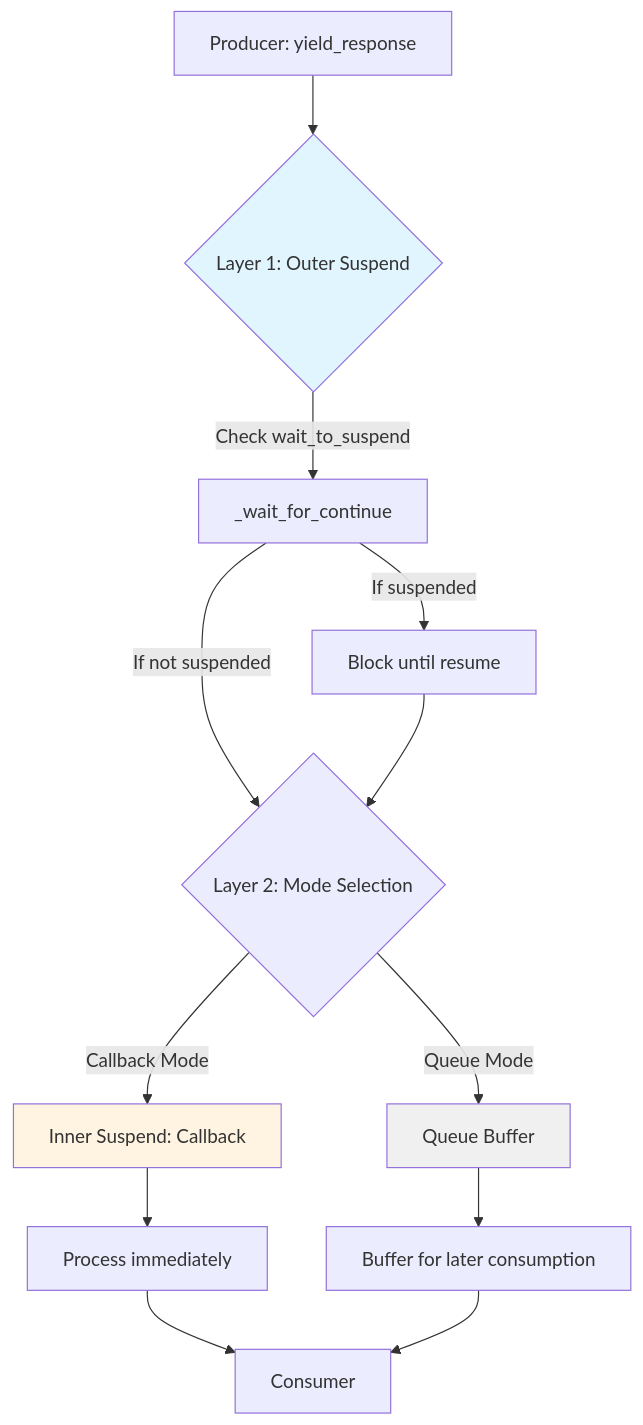
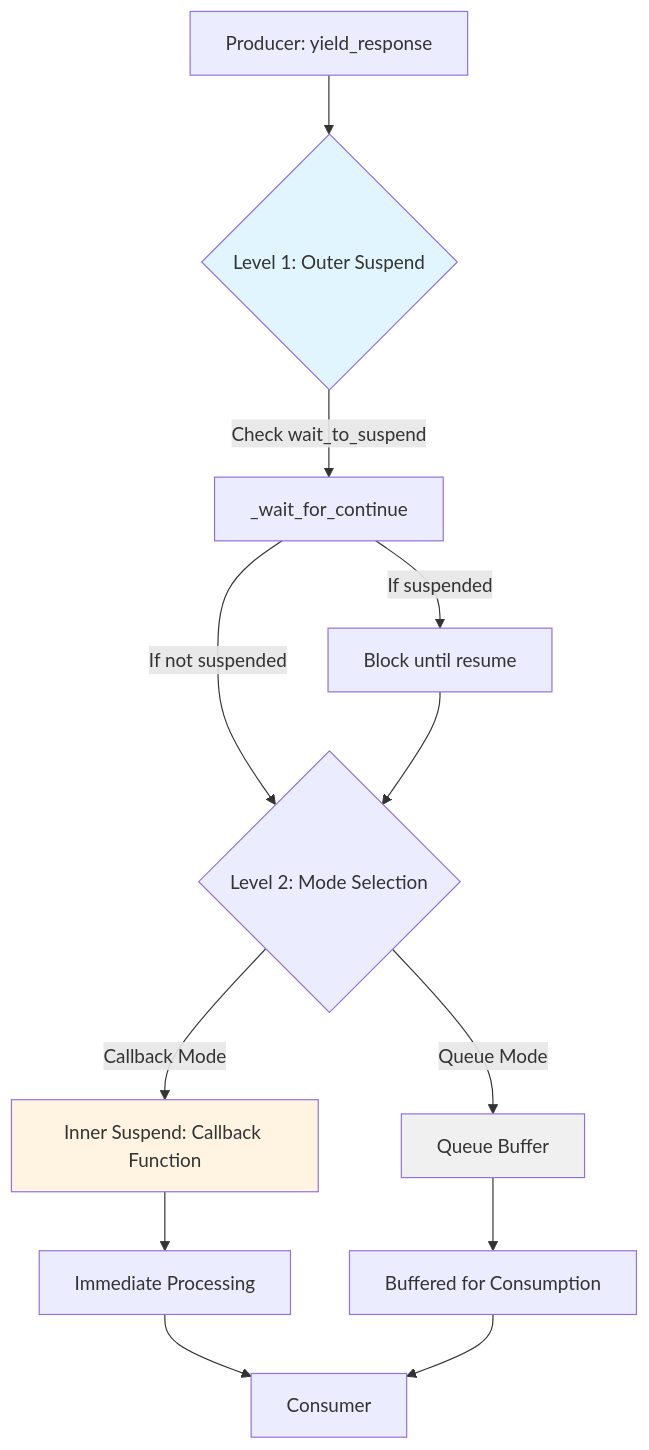
The first of 2 diagrams in docs/guide/concepts/suspend.md (AmritaBot/AmritaCore), drawn with Mermaid before and after one commit. The commit also changed other lines of this file and 1 other file, not shown here.

First line of the commit message:
Docs: clarify ChatObject suspend usage and callback/iterator modes (#55)

````diff
--- a/docs/guide/concepts/suspend.md
+++ b/docs/guide/concepts/suspend.md
@@ -34,18 +34,18 @@
 ```mermaid
 graph TD
-    A[Producer: yield_response] --> B{Layer 1: Outer Suspend}
+    A[Producer: yield_response] --> B{Level 1: Outer Suspend}
     B -->|Check wait_to_suspend| C[_wait_for_continue]
     C -->|If suspended| D[Block until resume]
-    C -->|If not suspended| E{Layer 2: Mode Selection}
+    C -->|If not suspended| E{Level 2: Mode Selection}
     D --> E
-    E -->|Callback Mode| F[Inner Suspend: Callback]
+    E -->|Callback Mode| F[Inner Suspend: Callback Function]
     E -->|Queue Mode| G[Queue Buffer]
-    F --> H[Process immediately]
-    G --> I[Buffer for later consumption]
+    F --> H[Immediate Processing]
+    G --> I[Buffered for Consumption]
     H --> J[Consumer]
     I --> J
 
     style B fill:#e1f5ff
     style F fill:#fff4e1
     style G fill:#f0f0f0
 ```
````
